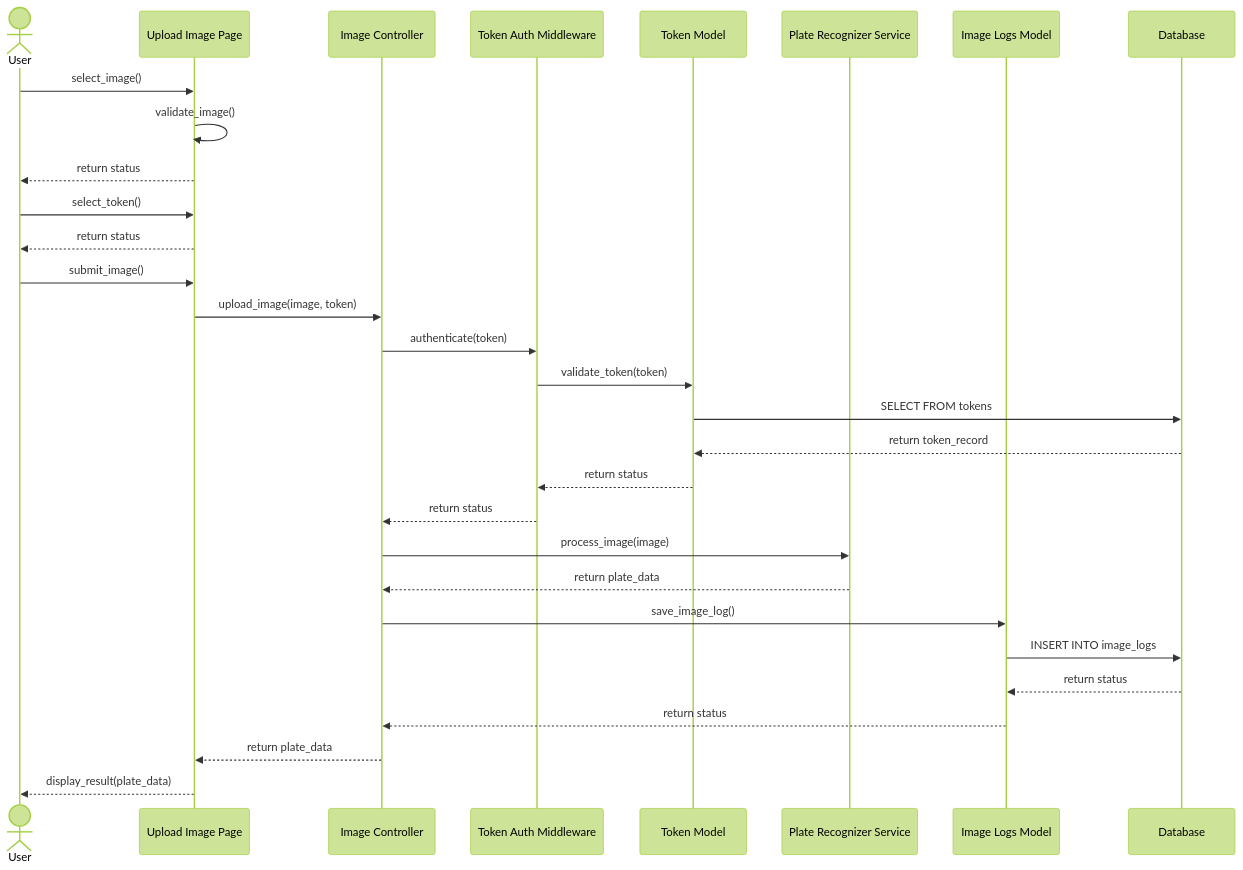
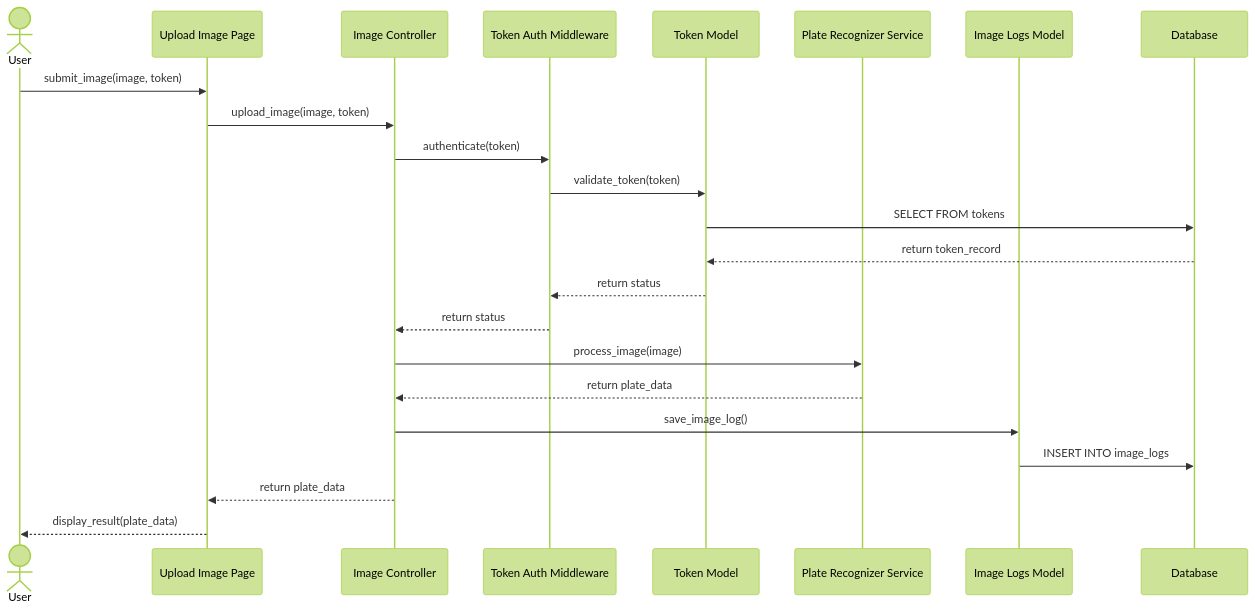
The eighth of 20 diagrams in SYSTEM_DIAGRAMS.md (Tanaphat-Ken/ALPR-V2), drawn with Mermaid (forest theme) before and after one commit. The commit also changed other lines of this file, not shown here.

First line of the commit message:
docs: trim sequence diagrams and split combined flows into separate diagrams

````diff
--- a/SYSTEM_DIAGRAMS.md
+++ b/SYSTEM_DIAGRAMS.md
@@ -309,33 +320,26 @@
 ```mermaid
 sequenceDiagram
     actor User
     participant UploadPage as Upload Image Page
     participant ImageController as Image Controller
     participant TAM as Token Auth Middleware
     participant TokenModel as Token Model
     participant PR as Plate Recognizer Service
     participant ImageLogsModel as Image Logs Model
     participant DB as Database
 
-    User->>UploadPage: select_image()
-    UploadPage->>UploadPage: validate_image()
-    UploadPage-->>User: return status
-    User->>UploadPage: select_token()
-    UploadPage-->>User: return status
-    User->>UploadPage: submit_image()
+    User->>UploadPage: submit_image(image, token)
     UploadPage->>ImageController: upload_image(image, token)
     ImageController->>TAM: authenticate(token)
     TAM->>TokenModel: validate_token(token)
     TokenModel->>DB: SELECT FROM tokens
     DB-->>TokenModel: return token_record
     TokenModel-->>TAM: return status
     TAM-->>ImageController: return status
     ImageController->>PR: process_image(image)
     PR-->>ImageController: return plate_data
     ImageController->>ImageLogsModel: save_image_log()
     ImageLogsModel->>DB: INSERT INTO image_logs
-    DB-->>ImageLogsModel: return status
-    ImageLogsModel-->>ImageController: return status
     ImageController-->>UploadPage: return plate_data
     UploadPage-->>User: display_result(plate_data)
 ```
````
